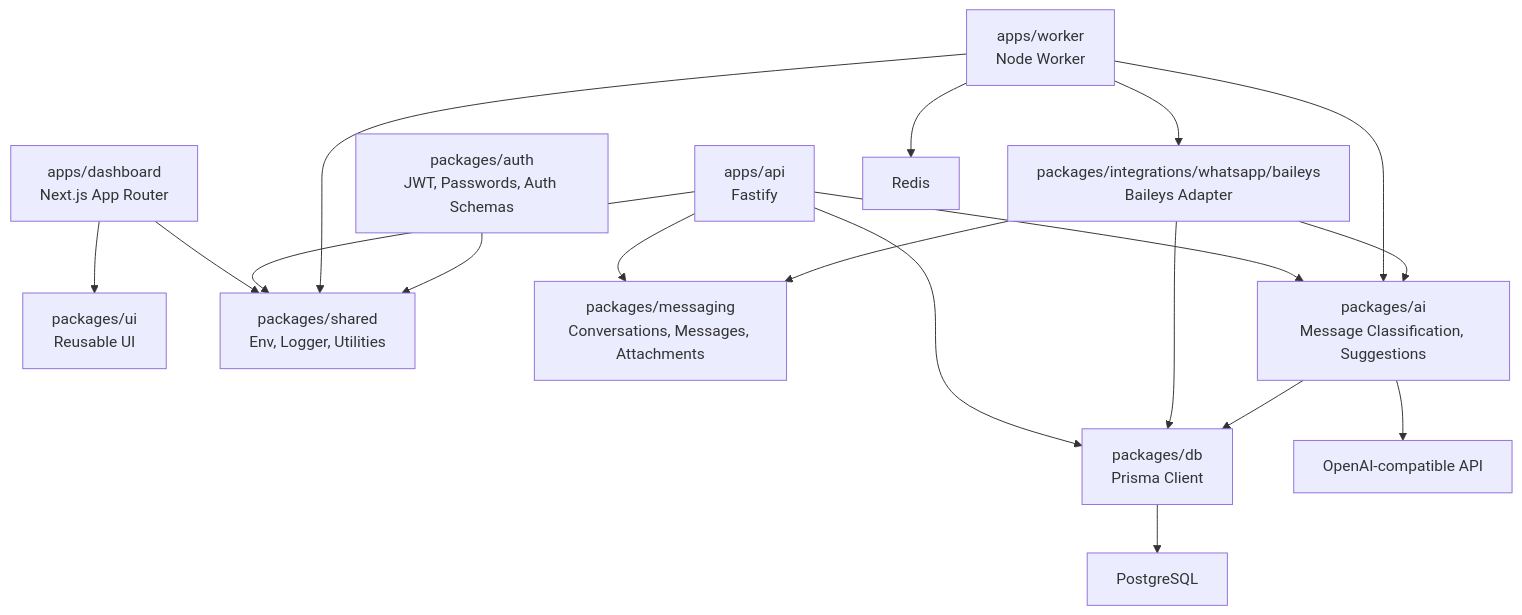
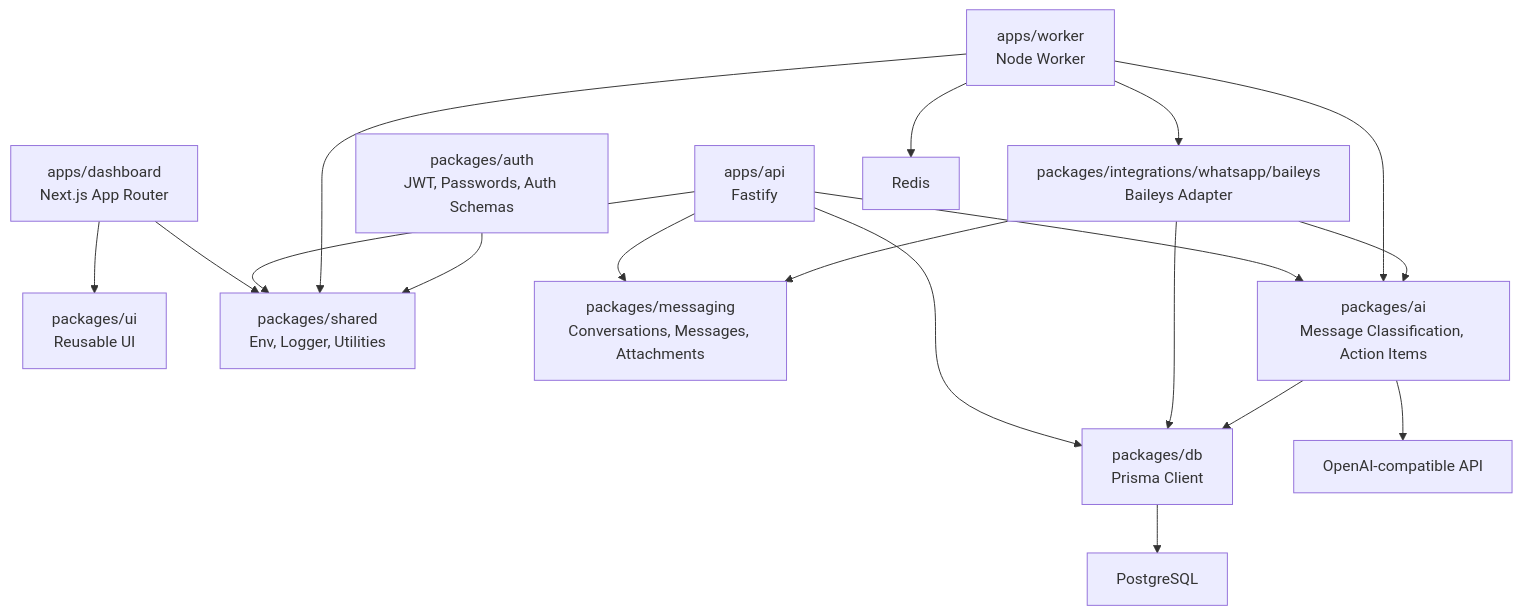
The diagram in README.md (premhiru/fieldos), drawn with Mermaid before and after one commit. The commit also changed other lines of this file and 28 other files, not shown here.

Commit message:
refactor: stabilize architecture and simplify MVP foundation

````diff
--- a/README.md
+++ b/README.md
@@ -34,34 +34,34 @@
 ```mermaid
 flowchart TD
   Dashboard["apps/dashboard\nNext.js App Router"]
   API["apps/api\nFastify"]
   Worker["apps/worker\nNode Worker"]
   UI["packages/ui\nReusable UI"]
   DB["packages/db\nPrisma Client"]
   Shared["packages/shared\nEnv, Logger, Utilities"]
   Auth["packages/auth\nJWT, Passwords, Auth Schemas"]
   Messaging["packages/messaging\nConversations, Messages, Attachments"]
-  AI["packages/ai\nMessage Classification, Suggestions"]
+  AI["packages/ai\nMessage Classification, Action Items"]
   WhatsApp["packages/integrations/whatsapp/baileys\nBaileys Adapter"]
   Postgres["PostgreSQL"]
   Redis["Redis"]
   Provider["OpenAI-compatible API"]
 
   Dashboard --> UI
   Dashboard --> Shared
   API --> DB
   API --> Shared
   API --> Messaging
   API --> AI
   Worker --> Shared
   Worker --> AI
   Worker --> WhatsApp
   WhatsApp --> DB
   WhatsApp --> Messaging
   WhatsApp --> AI
   AI --> Provider
   AI --> DB
   Worker --> Redis
   DB --> Postgres
   Auth --> Shared
 ```
````
